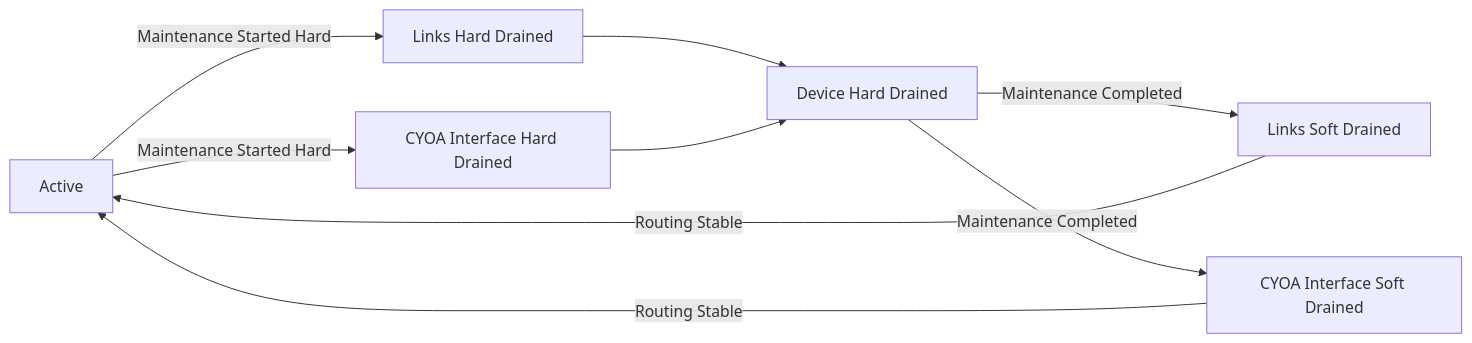
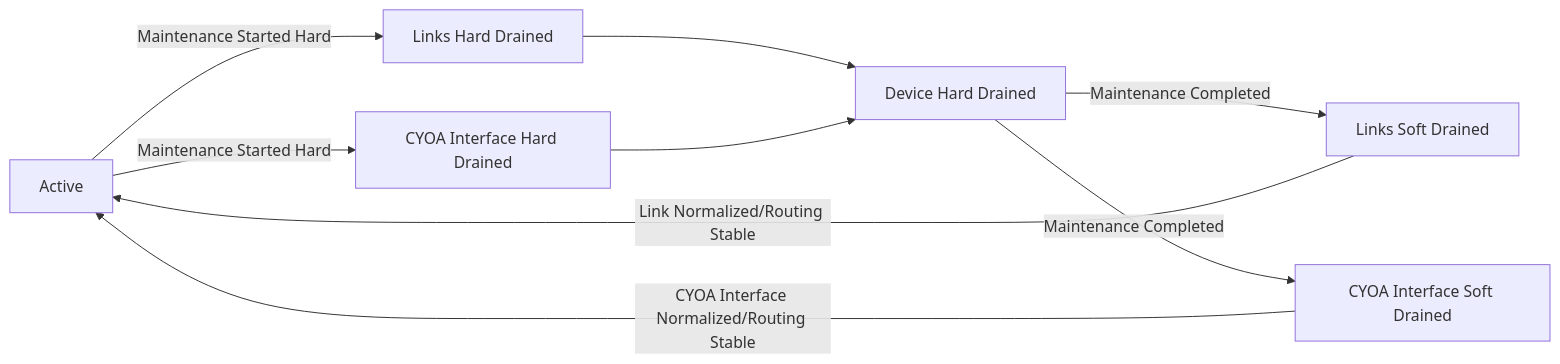
One commit to malbeclabs/doublezero changed the third of 3 diagrams in rfcs/rfc7-draining-device-link.md. Above: the diagram before and after it, drawn with Mermaid. The commit also changed other lines of this file, not shown here.

Commit message:
Fix mermaid processes

````diff
--- a/rfcs/rfc7-draining-device-link.md
+++ b/rfcs/rfc7-draining-device-link.md
@@ -128,11 +132,11 @@
 ```mermaid
 graph LR
     ACTIVE[Active] -->|Maintenance Started Hard| LINKS_HARD_DRAINED[Links Hard Drained]
     ACTIVE[Active] -->|Maintenance Started Hard| CYOA_HARD_DRAINED[CYOA Interface Hard Drained]
     LINKS_HARD_DRAINED --> DEVICE_DRAINED[Device Hard Drained]
     CYOA_HARD_DRAINED --> DEVICE_DRAINED[Device Hard Drained]
     DEVICE_DRAINED --> |Maintenance Completed| LINKS_SOFT_DRAINED[Links Soft Drained]
     DEVICE_DRAINED --> |Maintenance Completed| CYOA_SOFT_DRAINED[CYOA Interface Soft Drained]
-    LINKS_SOFT_DRAINED --> |Routing Stable| ACTIVE
-    CYOA_SOFT_DRAINED --> |Routing Stable| ACTIVE                  
+    LINKS_SOFT_DRAINED --> |Link Normalized/Routing Stable| ACTIVE
+    CYOA_SOFT_DRAINED --> |CYOA Interface Normalized/Routing Stable| ACTIVE                  
 ```
````
